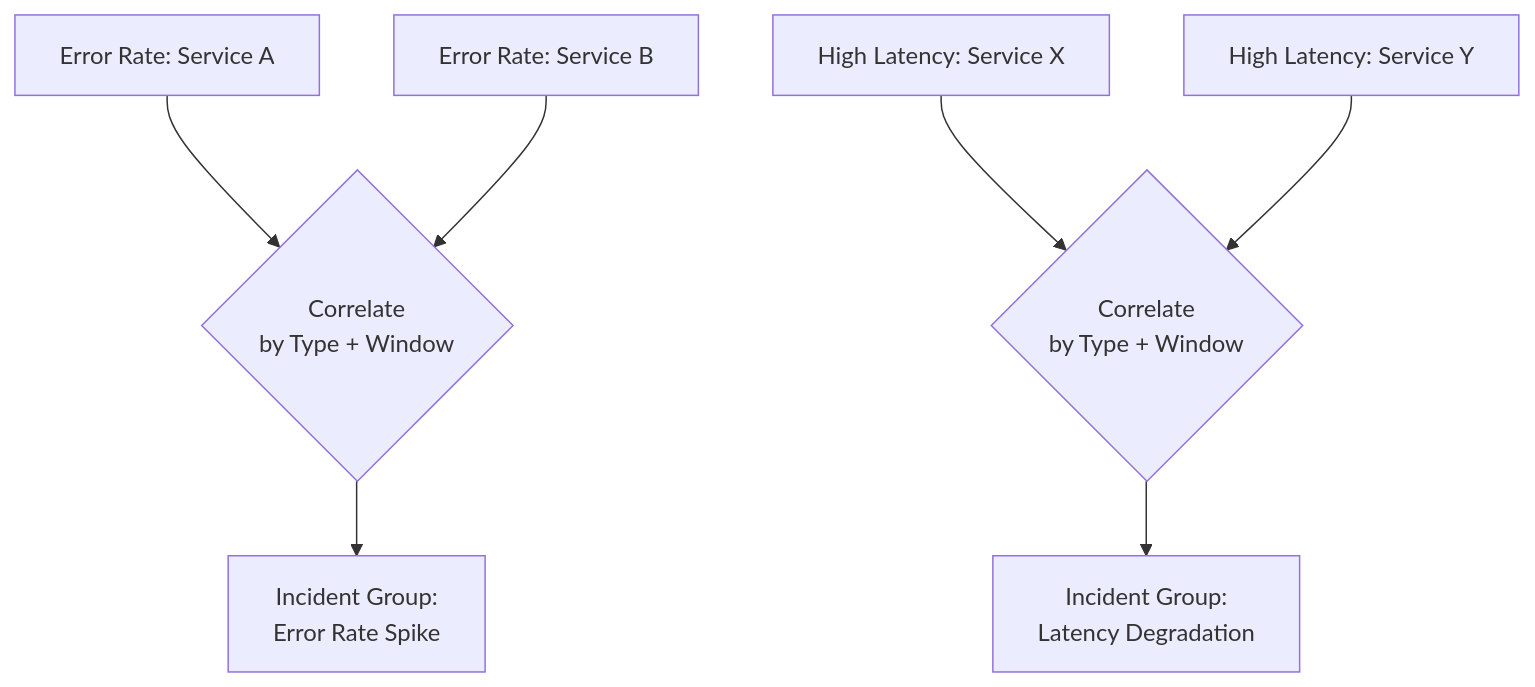
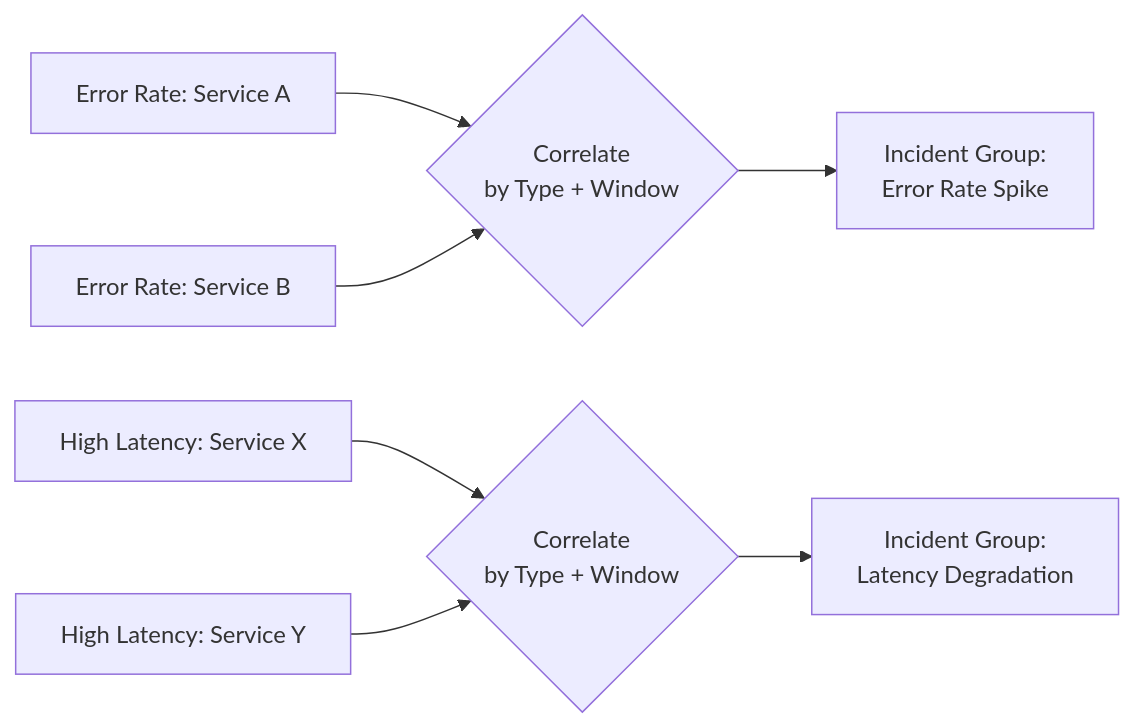
One commit to radra23/scryops-site changed the fourth of 5 diagrams in content/guides/alert-correlation.md. Above: the diagram before and after it, drawn with Mermaid. The commit also changed other lines of this file and 49 other files, not shown here.

First line of the commit message:
fix(diagrams): fit the 18 live Mermaid diagrams that panned under the 12/14 floor

```diff
--- a/content/guides/alert-correlation.md
+++ b/content/guides/alert-correlation.md
@@ -68,9 +66,9 @@
 {{< mermaid >}}
-flowchart TD
+flowchart LR
     A[Error Rate: Service A] --> C{Correlate<br/>by Type + Window}
     B[Error Rate: Service B] --> C
     D[High Latency: Service X] --> E{Correlate<br/>by Type + Window}
     F[High Latency: Service Y] --> E
     C --> G[Incident Group:<br/>Error Rate Spike]
     E --> H[Incident Group:<br/>Latency Degradation]
 {{< /mermaid >}}
```
